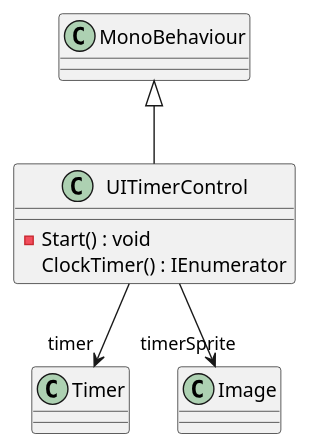
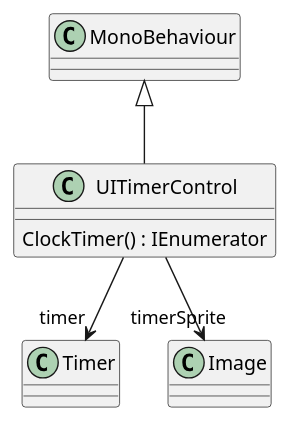
Before and after one commit to MainCastle1212/EverythingEater: the diagram in plantuml/UIs/UITimerControl.puml, drawn with PlantUML. The commit also changed 24 other files, not shown here.

```diff
--- a/plantuml/UIs/UITimerControl.puml
+++ b/plantuml/UIs/UITimerControl.puml
@@ -1,9 +1,8 @@
 @startuml
 class UITimerControl {
-    - Start() : void
     ClockTimer() : IEnumerator
 }
 MonoBehaviour <|-- UITimerControl
 UITimerControl --> "timer" Timer
 UITimerControl --> "timerSprite" Image
 @enduml
```
